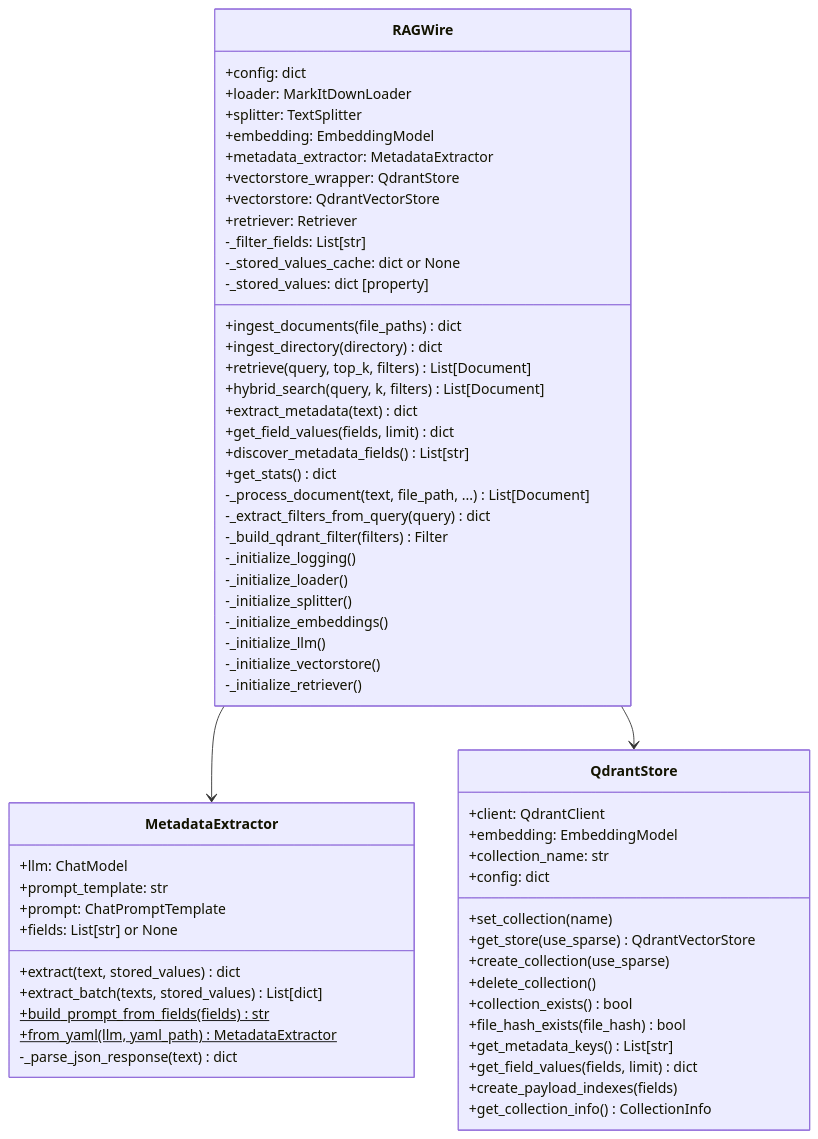
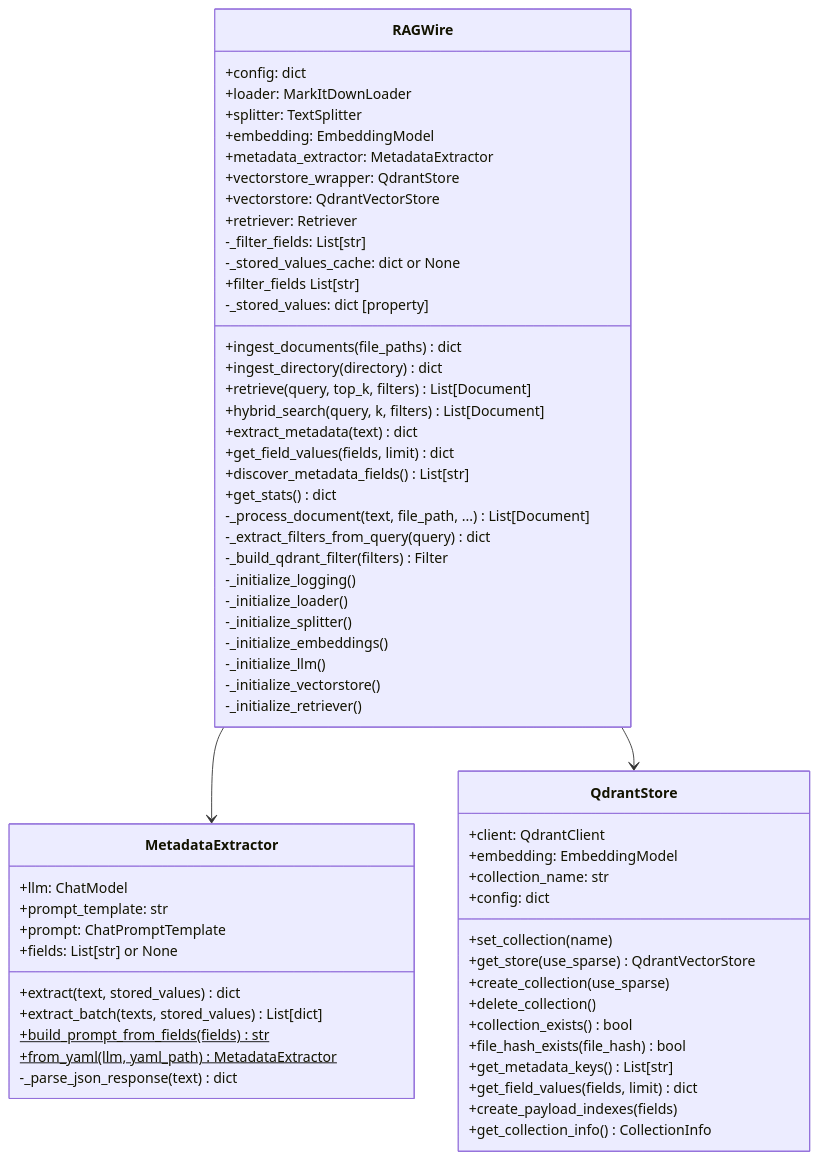
Before and after one commit to laxmimerit/RAGWire: the second of 3 diagrams in docs/architecture/component_map.md, drawn with Mermaid. The commit also changed 3 other files, not shown here.

Commit message:
added rag filter fields

````diff
--- a/docs/architecture/component_map.md
+++ b/docs/architecture/component_map.md
@@ -48,70 +48,71 @@
 ```mermaid
 classDiagram
     class RAGWire {
         +config: dict
         +loader: MarkItDownLoader
         +splitter: TextSplitter
         +embedding: EmbeddingModel
         +metadata_extractor: MetadataExtractor
         +vectorstore_wrapper: QdrantStore
         +vectorstore: QdrantVectorStore
         +retriever: Retriever
         -_filter_fields: List[str]
         -_stored_values_cache: dict or None
 
         +ingest_documents(file_paths) dict
         +ingest_directory(directory) dict
         +retrieve(query, top_k, filters) List[Document]
         +hybrid_search(query, k, filters) List[Document]
         +extract_metadata(text) dict
         +get_field_values(fields, limit) dict
+        +filter_fields List[str]
         +discover_metadata_fields() List[str]
         +get_stats() dict
 
         -_process_document(text, file_path, ...) List[Document]
         -_extract_filters_from_query(query) dict
         -_build_qdrant_filter(filters) Filter
         -_stored_values: dict [property]
         -_initialize_logging()
         -_initialize_loader()
         -_initialize_splitter()
         -_initialize_embeddings()
         -_initialize_llm()
         -_initialize_vectorstore()
         -_initialize_retriever()
     }
 
     class MetadataExtractor {
         +llm: ChatModel
         +prompt_template: str
         +prompt: ChatPromptTemplate
         +fields: List[str] or None
 
         +extract(text, stored_values) dict
         +extract_batch(texts, stored_values) List[dict]
         +build_prompt_from_fields(fields)$ str
         +from_yaml(llm, yaml_path)$ MetadataExtractor
         -_parse_json_response(text) dict
     }
 
     class QdrantStore {
         +client: QdrantClient
         +embedding: EmbeddingModel
         +collection_name: str
         +config: dict
 
         +set_collection(name)
         +get_store(use_sparse) QdrantVectorStore
         +create_collection(use_sparse)
         +delete_collection()
         +collection_exists() bool
         +file_hash_exists(file_hash) bool
         +get_metadata_keys() List[str]
         +get_field_values(fields, limit) dict
         +create_payload_indexes(fields)
         +get_collection_info() CollectionInfo
     }
 
     RAGWire --> MetadataExtractor
     RAGWire --> QdrantStore
 ```
````
